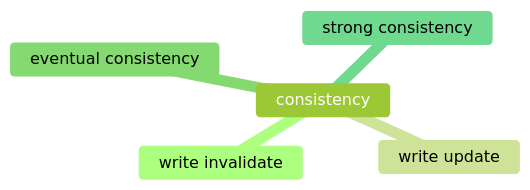
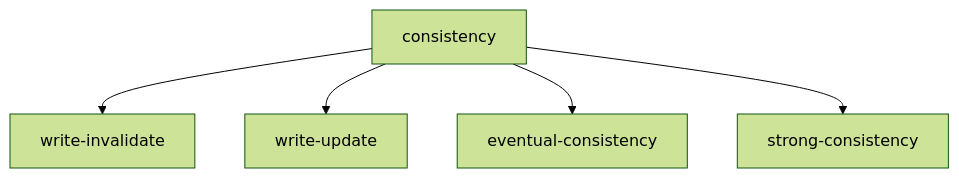
One commit to Sri2103/LearningNotes changed the diagram in caching/strategies/cache-consistency.md. Above: the diagram before and after it, drawn with Mermaid (forest theme). The commit also changed 7 other files, not shown here.

````diff
--- a/caching/strategies/cache-consistency.md
+++ b/caching/strategies/cache-consistency.md
@@ -7,8 +7,7 @@
 ```mermaid
-mindmap
-    consistency
-        write invalidate
-        write update
-        eventual consistency
-        strong consistency
+graph TD
+  consistency --> write-invalidate
+  consistency --> write-update
+  consistency --> eventual-consistency
+  consistency --> strong-consistency
 ```
````
